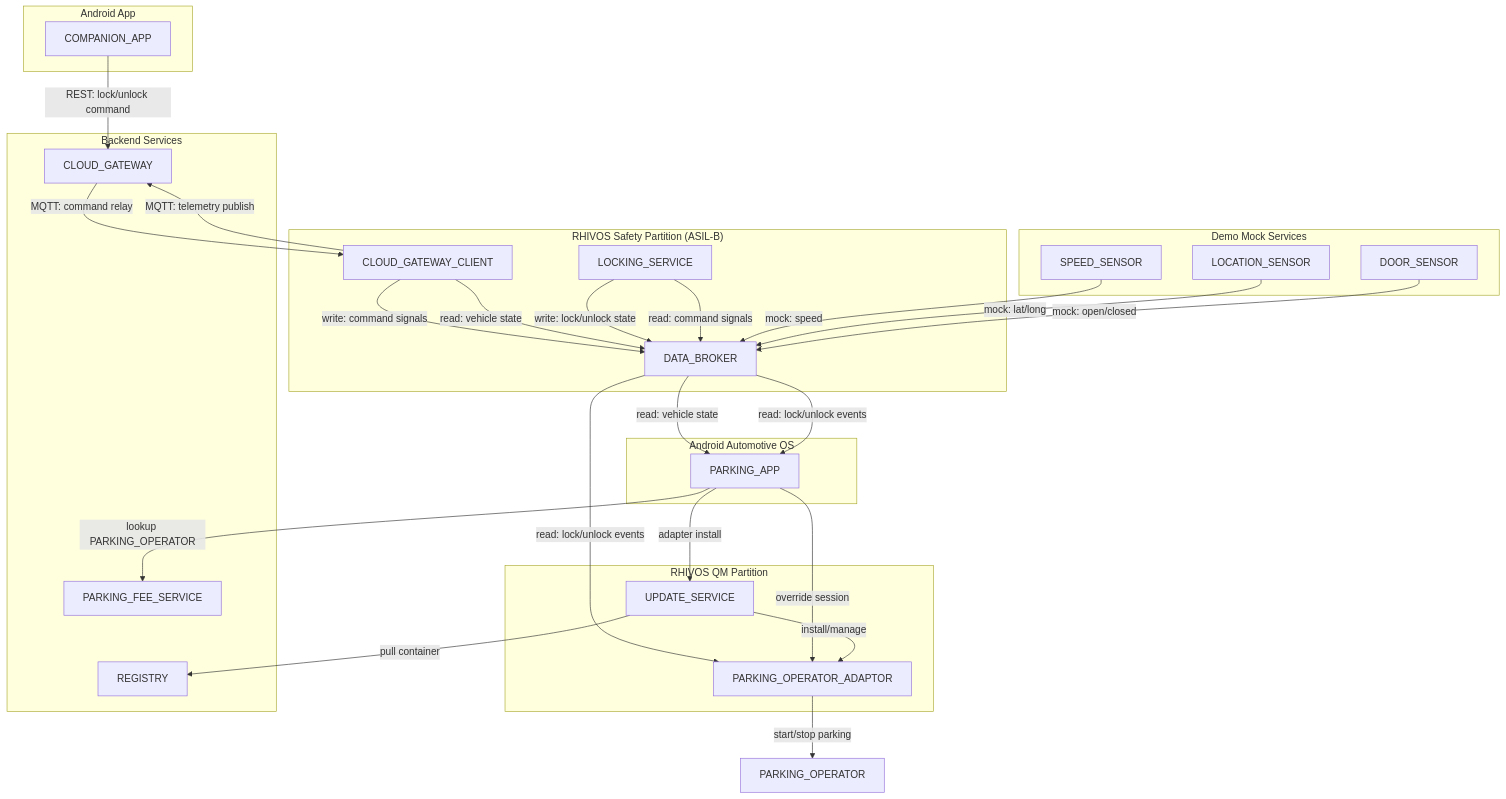
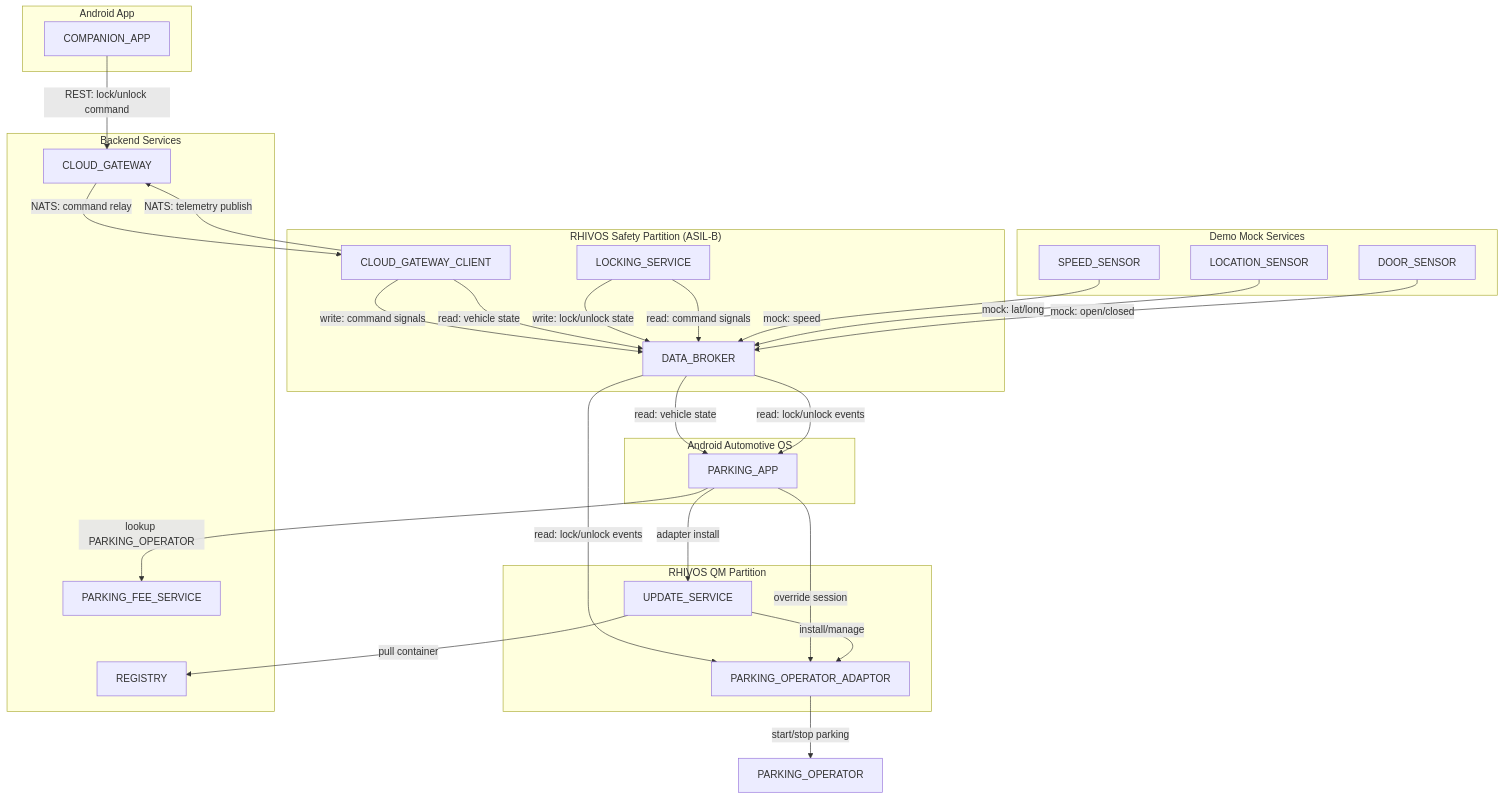
Before and after one commit to rhadp/parking-fee-service: the second of 2 diagrams in .specs/prd.md, drawn with Mermaid. The commit also changed other lines of this file and 46 other files, not shown here.

First line of the commit message:
docs: replace MQTT with NATS and create all component specs

````diff
--- a/.specs/prd.md
+++ b/.specs/prd.md
@@ -291,61 +292,61 @@
 ```mermaid
 flowchart TD
 subgraph AAOS["Android Automotive OS"]
 	ParkingApp["PARKING_APP"]
 end
 
 subgraph Android["Android App"]
 	CompanionApp["COMPANION_APP"]
 end
 
 subgraph RHIVOS_Safety["RHIVOS Safety Partition (ASIL-B)"]
   LockingService["LOCKING_SERVICE"]
   DataBroker["DATA_BROKER"]
   CloudGatewayClient["CLOUD_GATEWAY_CLIENT"]
 end
 
 subgraph RHIVOS_QM["RHIVOS QM Partition"]
   Adaptor["PARKING_OPERATOR_ADAPTOR"]
   UpdateService["UPDATE_SERVICE"]
 end
 
 subgraph Cloud["Backend Services"]
   ParkingFeeService["PARKING_FEE_SERVICE"]
   Registry["REGISTRY"]
   CloudGateway["CLOUD_GATEWAY"]
 end
 
 subgraph MockServices["Demo Mock Services"]
   LocationSensor["LOCATION_SENSOR"]
   SpeedSensor["SPEED_SENSOR"]
   DoorSensor["DOOR_SENSOR"]
 end
 
 CompanionApp -->|"REST: lock/unlock command"| CloudGateway
-CloudGateway -->|"MQTT: command relay"| CloudGatewayClient
+CloudGateway -->|"NATS: command relay"| CloudGatewayClient
 
 CloudGatewayClient -->|"write: command signals"| DataBroker
 CloudGatewayClient -->|"read: vehicle state"| DataBroker
-CloudGatewayClient -->|"MQTT: telemetry publish"| CloudGateway
+CloudGatewayClient -->|"NATS: telemetry publish"| CloudGateway
 
 LockingService -->|"write: lock/unlock state"| DataBroker
 LockingService -->|"read: command signals"| DataBroker
 
 DataBroker -->|"read: vehicle state"| ParkingApp
 DataBroker -->|"read: lock/unlock events"| ParkingApp
 DataBroker -->|"read: lock/unlock events"| Adaptor
 
 ParkingApp -->|"lookup PARKING_OPERATOR"| ParkingFeeService
 ParkingApp -->|"adapter install"| UpdateService
 ParkingApp -->|"override session"| Adaptor
 
 UpdateService -->|"pull container"| Registry
 UpdateService -->|"install/manage"| Adaptor
 
 Adaptor -->|"start/stop parking"| PARKING_OPERATOR["PARKING_OPERATOR"]
 
 SpeedSensor --> |"mock: speed"| DataBroker
 LocationSensor --> |"mock: lat/long"| DataBroker
 DoorSensor --> |"mock: open/closed"| DataBroker
 
 ```
````
